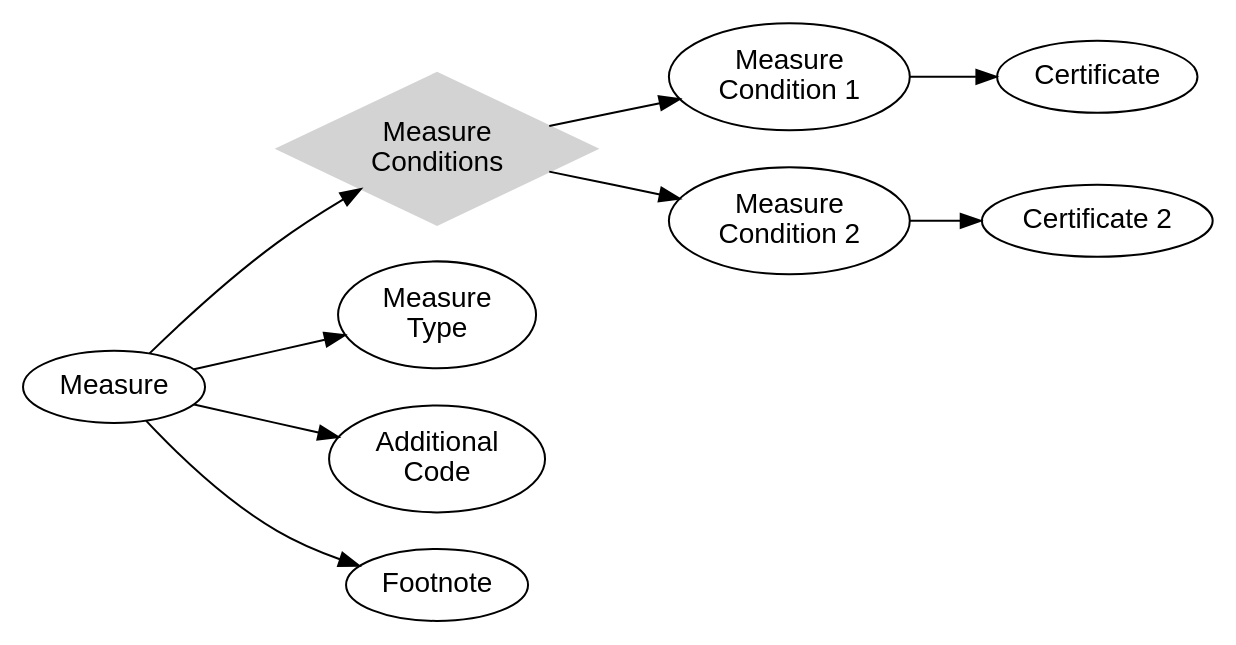
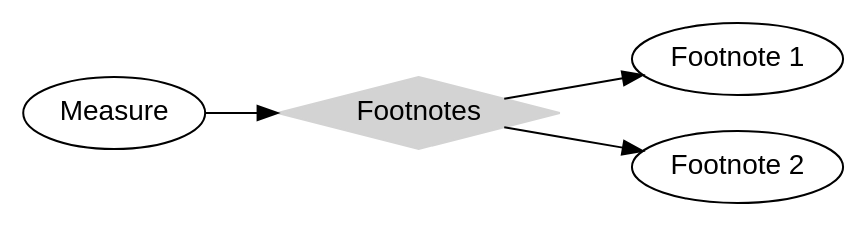
One commit to trade-tariff/trade-tariff-api-docs changed the diagram in source/graphviz/measure.dot. Above: the diagram before and after it, drawn with Graphviz. The commit also changed 2 other files, not shown here.

```diff
--- a/source/graphviz/measure.dot
+++ b/source/graphviz/measure.dot
@@ -1,19 +1,14 @@
 digraph {
     rankdir="LR"
     fontname="Arial,sans-serif"
     node [fontname="Arial,sans-serif"]
     edge [fontname="Arial,sans-serif"]
 
     node [shape=diamond,style=filled,color=lightgrey];
-    "Measure\nConditions"
+    "Footnotes"
 
     node [shape=ellipse,style=unfilled,color=black];
-    "Measure" -> "Measure\nType"
-    "Measure" -> "Additional\nCode"
-    "Measure" -> "Footnote"
-    "Measure" -> "Measure\nConditions"
-    "Measure\nConditions" -> "Measure\nCondition 1"
-    "Measure\nCondition 1" -> "Certificate"
-    "Measure\nConditions" -> "Measure\nCondition 2"
-    "Measure\nCondition 2" -> "Certificate 2"
+    "Measure" -> "Footnotes"
+    "Footnotes" -> "Footnote 1"
+    "Footnotes" -> "Footnote 2"
 }
```
